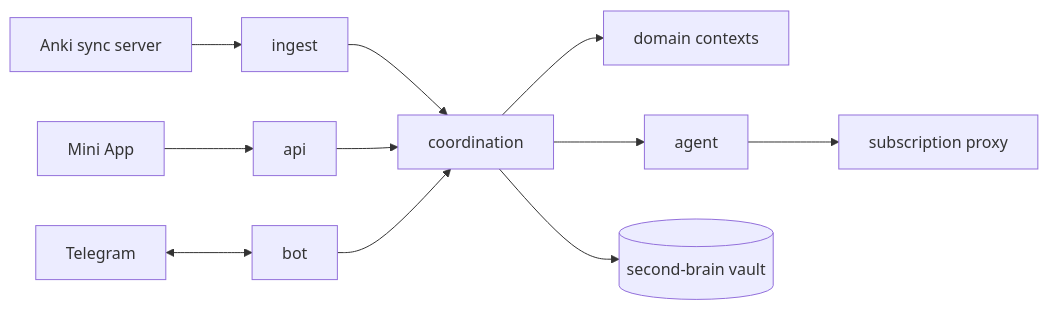
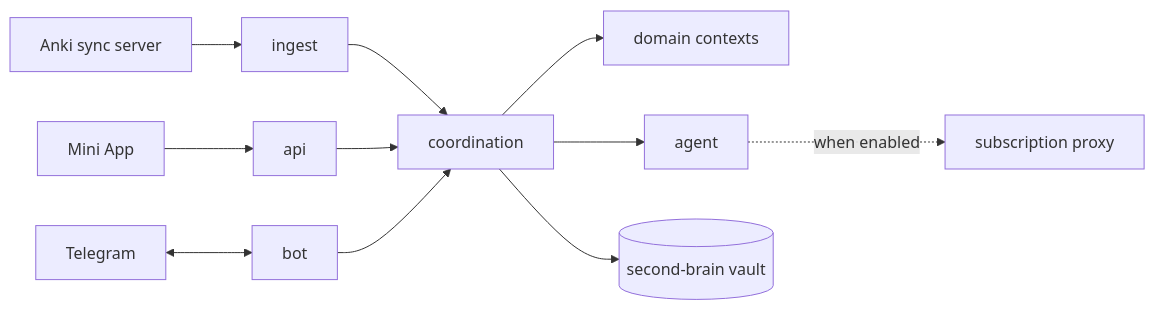
The diagram in ARCHITECTURE.md (RexRenatus/deck-streak), drawn with Mermaid before and after one commit. The commit also changed other lines of this file and 30 other files, not shown here.

````diff
--- a/ARCHITECTURE.md
+++ b/ARCHITECTURE.md
@@ -17,13 +17,13 @@
 ```mermaid
 flowchart LR
   sync[Anki sync server] --> ingest
   ingest --> coordination
   coordination --> domain[domain contexts]
   coordination --> agent
-  agent --> proxy[subscription proxy]
+  agent -.->|when enabled| proxy[subscription proxy]
   coordination --> vault[(second-brain vault)]
   api --> coordination
   bot --> coordination
   miniapp[Mini App] --> api
   telegram[Telegram] <--> bot
 ```
````
